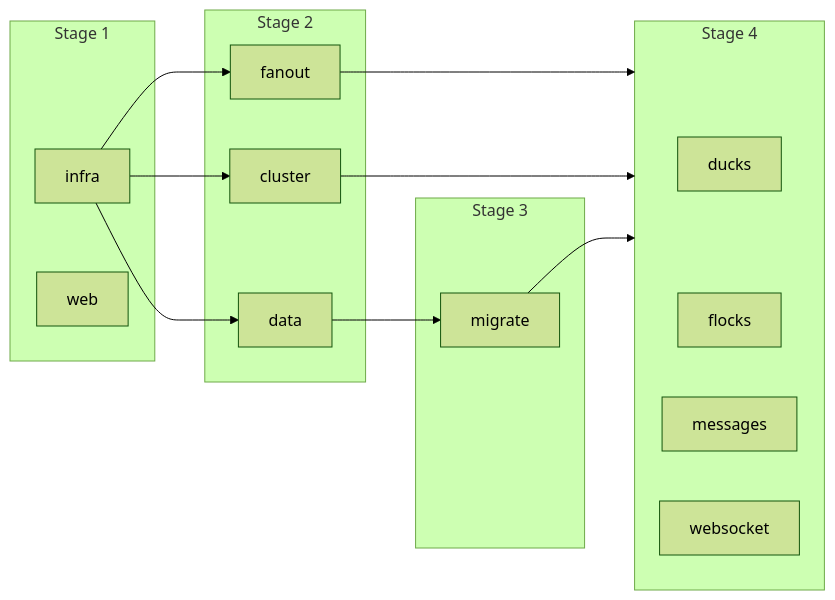
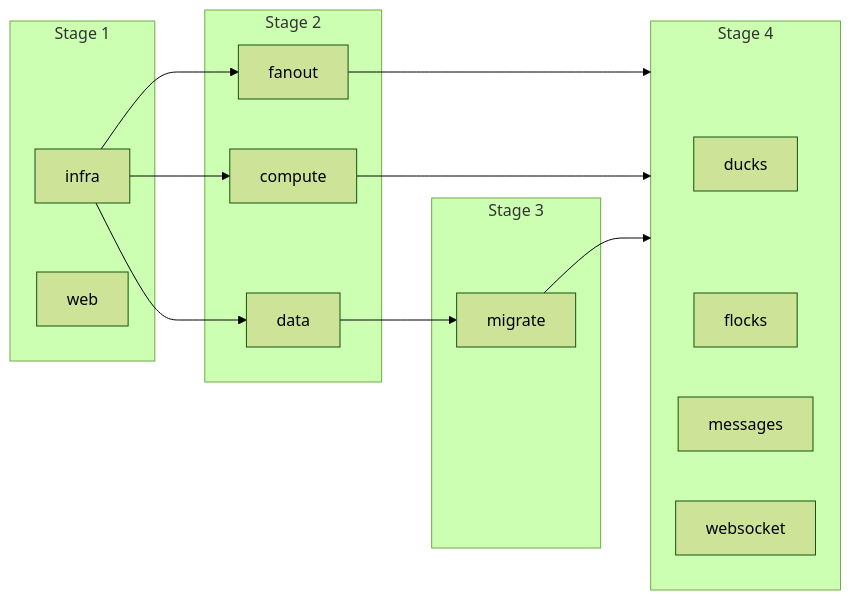
The diagram in docs/design/operational-design.md (fractionalJoe/quack), drawn with Mermaid before and after one commit. The commit also changed 2 other files, not shown here.

Commit message:
added ci for compute stack

````diff
--- a/docs/design/operational-design.md
+++ b/docs/design/operational-design.md
@@ -9,29 +9,29 @@
 ```mermaid
 ---
 config:
   theme: forest
 ---
 flowchart LR
     subgraph s1[Stage 1]
         infra
         web
     end
     subgraph s2[Stage 2]
         data
-        cluster
+        compute
         fanout
     end
     subgraph s3[Stage 3]
         migrate
     end
     subgraph s4[Stage 4]
         ducks
         flocks
         messages
         websocket
     end
-    infra --> data & cluster & fanout
+    infra --> data & compute & fanout
     data --> migrate
     migrate ~~~ ducks & flocks & messages & websocket
-    migrate & cluster & fanout --> s4
+    migrate & compute & fanout --> s4
 ```
````
